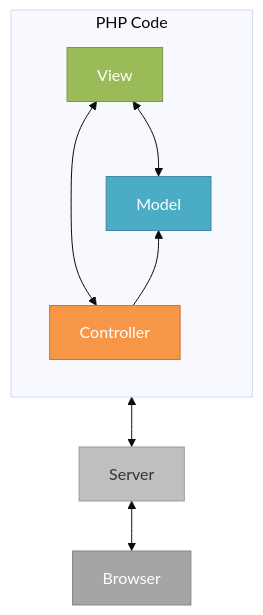
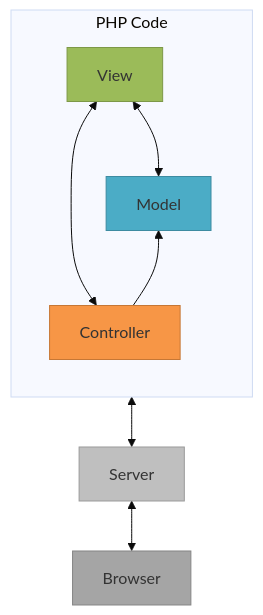
The diagram in src/content/posts/2012/2012-11-27-tutorial-your-first-encounter-with-phalcon-part-1.mdx (phalcon/blog), drawn with Mermaid (base theme) before and after one commit. The commit also changed 2 other files, not shown here.

Commit message:
fixing mermaid erd

````diff
--- a/src/content/posts/2012/2012-11-27-tutorial-your-first-encounter-with-phalcon-part-1.mdx
+++ b/src/content/posts/2012/2012-11-27-tutorial-your-first-encounter-with-phalcon-part-1.mdx
@@ -42,30 +42,30 @@
 ```mermaid
 flowchart BT
     Browser
     Server
 
     subgraph php["PHP Code"]
         direction BT
         Controller
         Model
         View
     end
 
     Browser <--> Server
     Server <--> Controller
     Controller --> Model
     Controller <--> View
     Model <--> View
 
-    classDef model      fill:#4bacc6,stroke:#3d8ba1,color:#ffffff
-    classDef view       fill:#9bbb59,stroke:#7d9847,color:#ffffff
-    classDef controller fill:#f79646,stroke:#c67735,color:#ffffff
+    classDef model      fill:#4bacc6,stroke:#3d8ba1,color:#333333
+    classDef view       fill:#9bbb59,stroke:#7d9847,color:#333333
+    classDef controller fill:#f79646,stroke:#c67735,color:#333333
     classDef server     fill:#bfbfbf,stroke:#9a9a9a,color:#333333
-    classDef browser    fill:#a5a5a5,stroke:#858585,color:#ffffff
+    classDef browser    fill:#a5a5a5,stroke:#858585,color:#333333
 
     class Model model
     class View view
     class Controller controller
     class Server server
     class Browser browser
 ```
````
